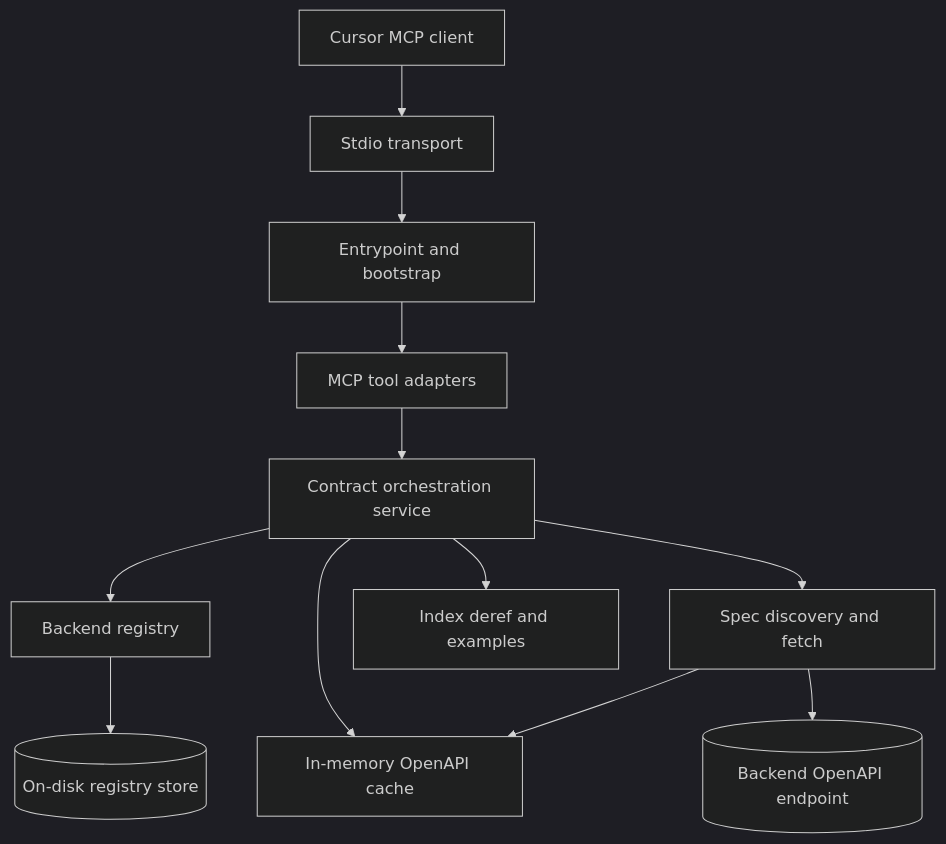
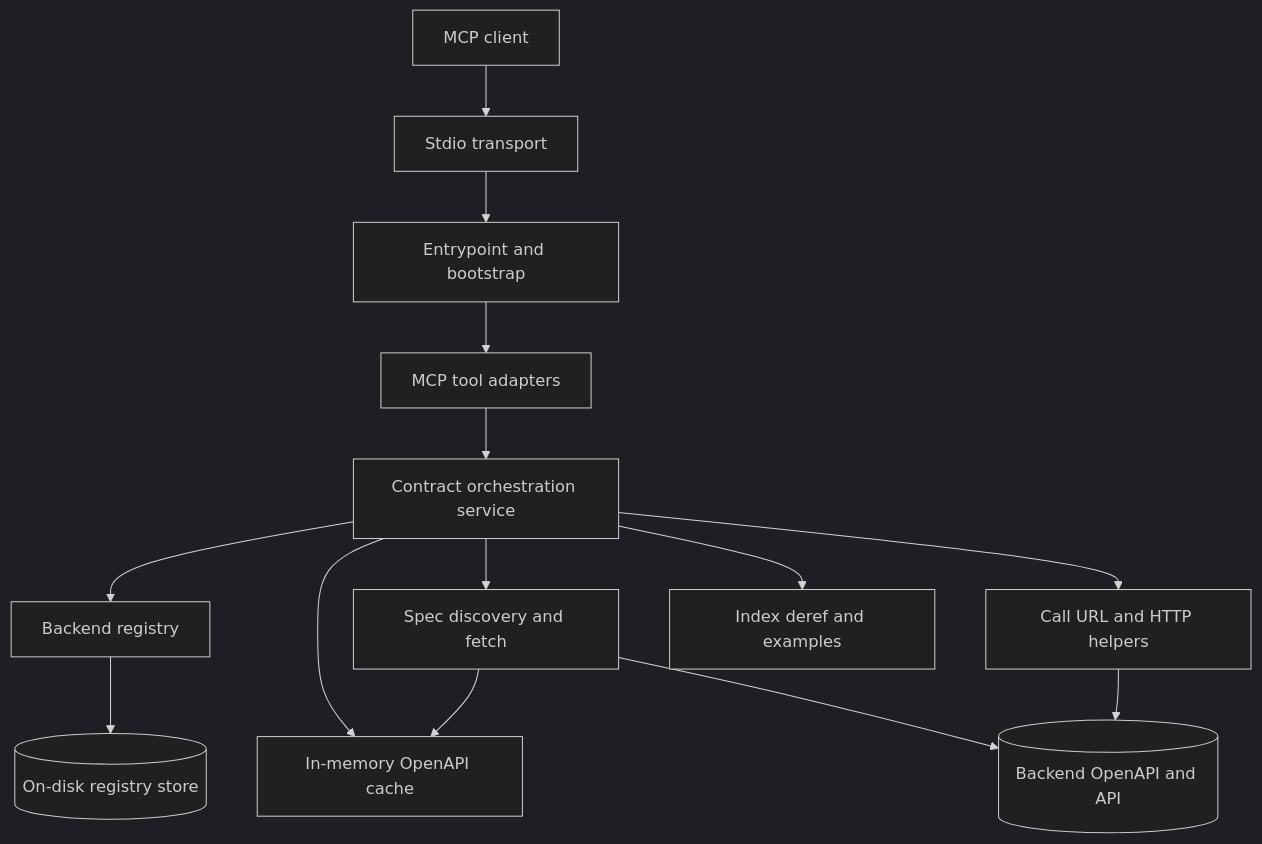
One commit to fqueis/openapi-contract changed the first of 3 diagrams in ARCHITECT.md. Above: the diagram before and after it, drawn with Mermaid (dark theme). The commit also changed other lines of this file and 1 other file, not shown here.

First line of the commit message:
Update documentation to reflect changes in HTTP execution capabilities

````diff
--- a/ARCHITECT.md
+++ b/ARCHITECT.md
@@ -26,21 +27,23 @@
 ```mermaid
 flowchart TB
-  Client[Cursor MCP client]
+  Client[MCP client]
   Stdio[Stdio transport]
   Index[Entrypoint and bootstrap]
   Tools[MCP tool adapters]
   Service[Contract orchestration service]
   Registry[Backend registry]
   Cache[In-memory OpenAPI cache]
   Fetch[Spec discovery and fetch]
+  Call[Call URL and HTTP helpers]
   OpenAPI[Index deref and examples]
   Disk[(On-disk registry store)]
-  Backend[(Backend OpenAPI endpoint)]
+  Backend[(Backend OpenAPI and API)]
 
   Client --> Stdio --> Index --> Tools --> Service
   Service --> Registry --> Disk
   Service --> Cache
   Service --> Fetch --> Backend
+  Service --> Call --> Backend
   Service --> OpenAPI
   Fetch --> Cache
 ```
````
